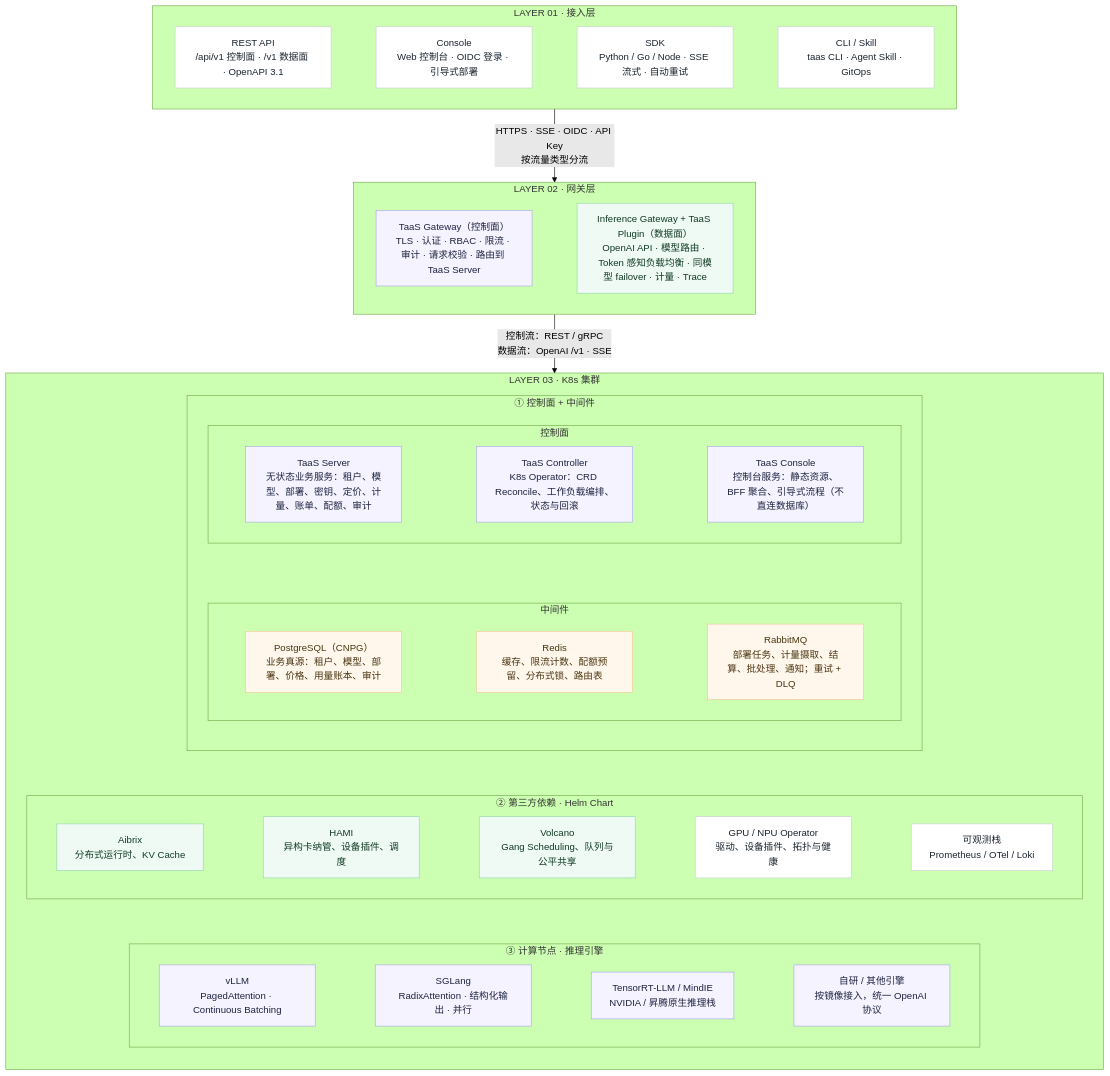
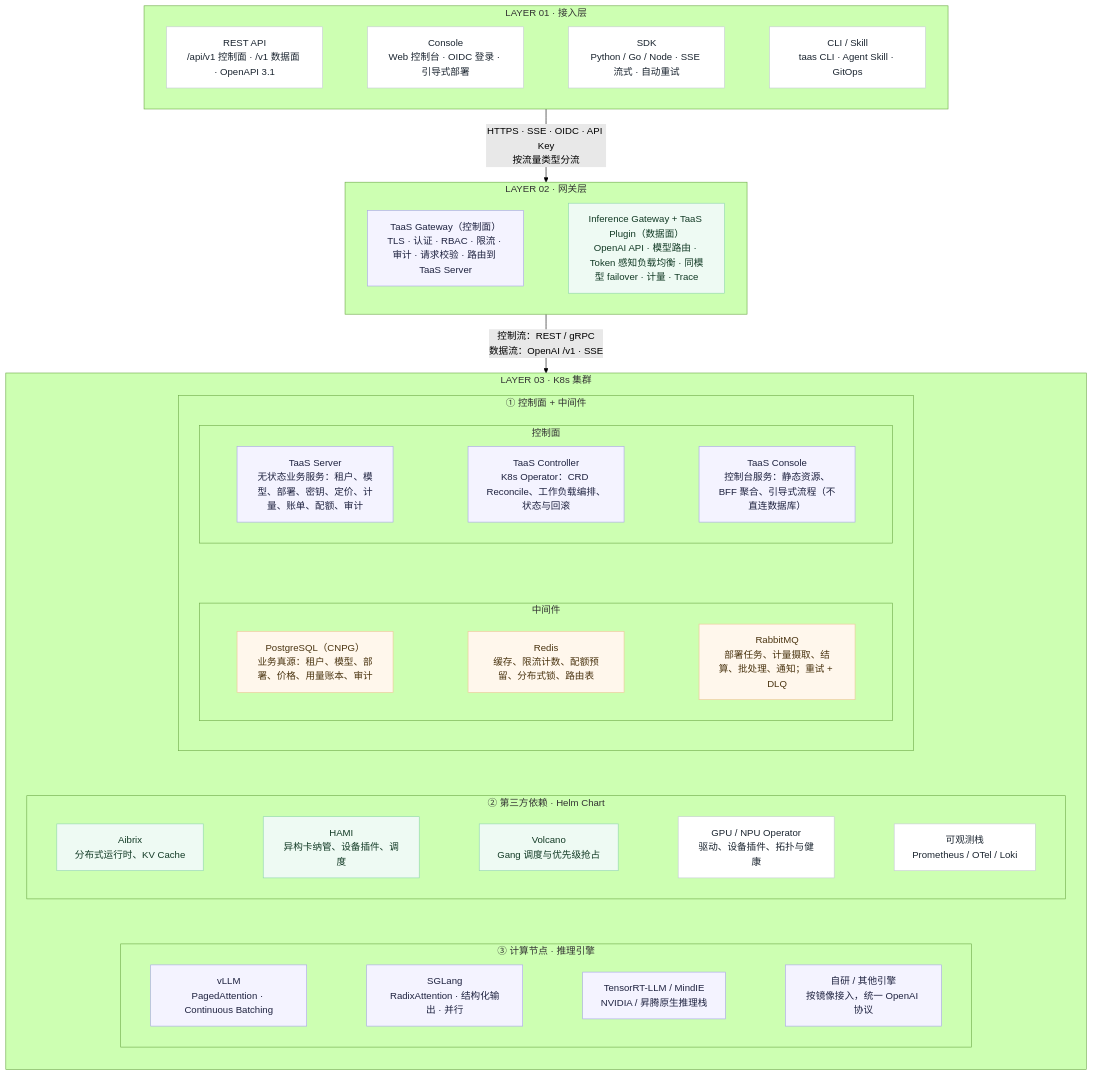
The first of 6 diagrams in site/docs/design/architecture.zh-cn.md (go-taas/go-taas), drawn with Mermaid (forest theme) before and after one commit. The commit also changed other lines of this file and 209 other files, not shown here.

````diff
--- a/site/docs/design/architecture.zh-cn.md
+++ b/site/docs/design/architecture.zh-cn.md
@@ -15,66 +15,66 @@
 ```mermaid
 flowchart TB
 subgraph L1["LAYER 01 · 接入层"]
     direction LR
     A1["REST API<br/>/api/v1 控制面 · /v1 数据面 · OpenAPI 3.1"]:::cell
     A2["Console<br/>Web 控制台 · OIDC 登录 · 引导式部署"]:::cell
     A3["SDK<br/>Python / Go / Node · SSE 流式 · 自动重试"]:::cell
     A4["CLI / Skill<br/>taas CLI · Agent Skill · GitOps"]:::cell
     A1 ~~~ A2 ~~~ A3 ~~~ A4
 end
 
 subgraph L2["LAYER 02 · 网关层"]
     direction LR
     G1["TaaS Gateway（控制面）<br/>TLS · 认证 · RBAC · 限流 · 审计 · 请求校验 · 路由到 TaaS Server"]:::cp
     G2["Inference Gateway + TaaS Plugin（数据面）<br/>OpenAI API · 模型路由 · Token 感知负载均衡 · 同模型 failover · 计量 · Trace"]:::dp
     G1 ~~~ G2
 end
 
 subgraph L3["LAYER 03 · K8s 集群"]
     direction TB
     subgraph L3A["① 控制面 + 中间件"]
         direction TB
         subgraph L3A1["控制面"]
             direction LR
             S1["TaaS Server<br/>无状态业务服务：租户、模型、部署、密钥、定价、计量、账单、配额、审计"]:::cp
             S2["TaaS Controller<br/>K8s Operator：CRD Reconcile、工作负载编排、状态与回滚"]:::cp
             S3["TaaS Console<br/>控制台服务：静态资源、BFF 聚合、引导式流程（不直连数据库）"]:::cp
             S1 ~~~ S2 ~~~ S3
         end
         subgraph L3A2["中间件"]
             direction LR
             M1["PostgreSQL（CNPG）<br/>业务真源：租户、模型、部署、价格、用量账本、审计"]:::mw
             M2["Redis<br/>缓存、限流计数、配额预留、分布式锁、路由表"]:::mw
             M3["RabbitMQ<br/>部署任务、计量摄取、结算、批处理、通知；重试 + DLQ"]:::mw
             M1 ~~~ M2 ~~~ M3
         end
         L3A1 ~~~ L3A2
     end
     subgraph L3B["② 第三方依赖 · Helm Chart"]
         direction LR
         B1["Aibrix<br/>分布式运行时、KV Cache"]:::dp
         B2["HAMI<br/>异构卡纳管、设备插件、调度"]:::dp
-        B3["Volcano<br/>Gang Scheduling、队列与公平共享"]:::dp
+        B3["Volcano<br/>Gang 调度与优先级抢占"]:::dp
         B4["GPU / NPU Operator<br/>驱动、设备插件、拓扑与健康"]:::cell
         B5["可观测栈<br/>Prometheus / OTel / Loki"]:::cell
         B1 ~~~ B2 ~~~ B3 ~~~ B4 ~~~ B5
     end
     subgraph L3C["③ 计算节点 · 推理引擎"]
         direction LR
         C1["vLLM<br/>PagedAttention · Continuous Batching"]:::cp
         C2["SGLang<br/>RadixAttention · 结构化输出 · 并行"]:::cp
         C3["TensorRT-LLM / MindIE<br/>NVIDIA / 昇腾原生推理栈"]:::cp
         C4["自研 / 其他引擎<br/>按镜像接入，统一 OpenAI 协议"]:::cp
         C1 ~~~ C2 ~~~ C3 ~~~ C4
     end
     L3A ~~~ L3B ~~~ L3C
 end
 
 L1 -->|"HTTPS · SSE · OIDC · API Key<br/>按流量类型分流"| L2
 L2 -->|"控制流：REST / gRPC<br/>数据流：OpenAI /v1 · SSE"| L3
 
 classDef cell fill:#ffffff,stroke:#c7ccd6,color:#1b2530
 classDef cp fill:#f4f3ff,stroke:#a9a4ea,color:#1f2340
 classDef dp fill:#eefaf3,stroke:#8fd6ae,color:#123a25
 classDef mw fill:#fff7ec,stroke:#eec796,color:#4a3410
 ```
````
